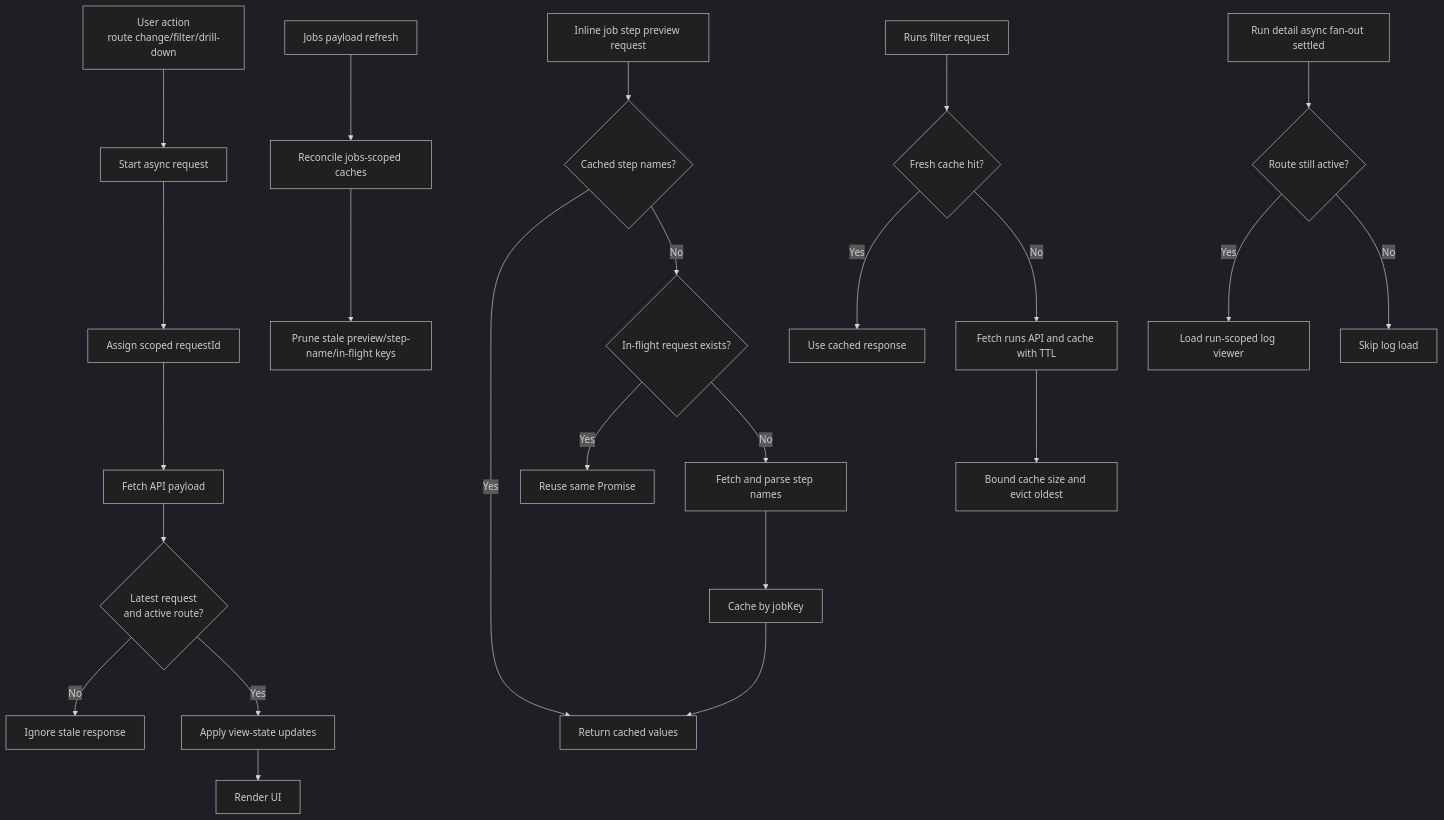
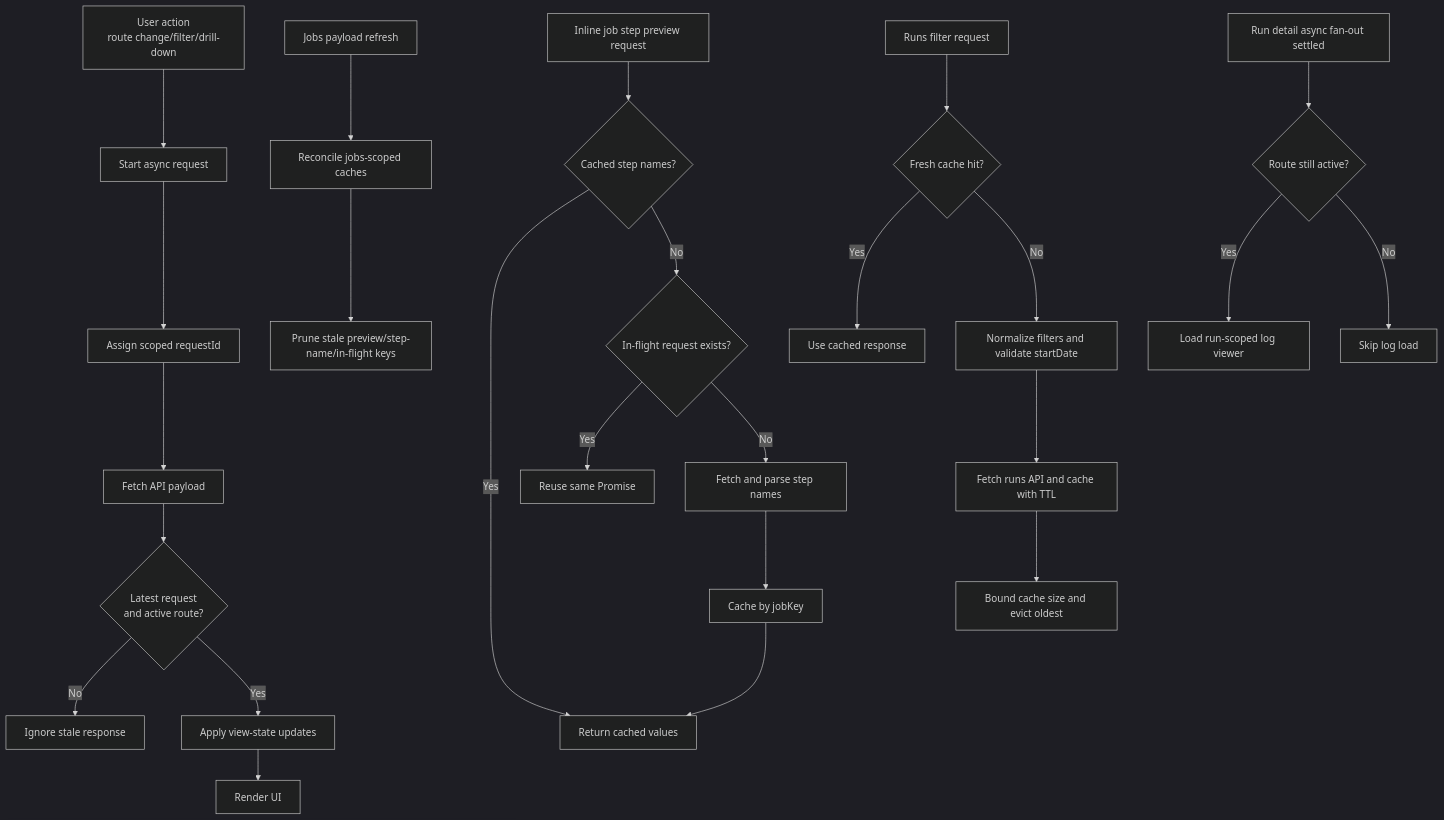
Before and after one commit to kbalanandam/spring-etl-engine: the diagram in docs/architecture/operator-ui/monitoring-shell-runtime-hardening.md, drawn with Mermaid (dark theme). The commit also changed other lines of this file and 5 other files, not shown here.

Commit message:
Refresh architecture docs for A7b context and runs filter hardening

````diff
--- a/docs/architecture/operator-ui/monitoring-shell-runtime-hardening.md
+++ b/docs/architecture/operator-ui/monitoring-shell-runtime-hardening.md
@@ -23,30 +24,32 @@
 ```mermaid
 flowchart TD
     A["User action<br/>route change/filter/drill-down"] --> B["Start async request"]
     B --> C[Assign scoped requestId]
     C --> D[Fetch API payload]
     D --> E{"Latest request<br/>and active route?"}
     E -- No --> F[Ignore stale response]
     E -- Yes --> G[Apply view-state updates]
     G --> H[Render UI]
 
     I[Inline job step preview request] --> J{Cached step names?}
     J -- Yes --> K[Return cached values]
     J -- No --> L{In-flight request exists?}
     L -- Yes --> M[Reuse same Promise]
     L -- No --> N[Fetch and parse step names]
     N --> O[Cache by jobKey]
     O --> K
 
     P[Jobs payload refresh] --> Q[Reconcile jobs-scoped caches]
     Q --> R[Prune stale preview/step-name/in-flight keys]
 
     S[Runs filter request] --> T{Fresh cache hit?}
     T -- Yes --> U[Use cached response]
-    T -- No --> V[Fetch runs API and cache with TTL]
-    V --> W[Bound cache size and evict oldest]
+    T -- No --> V[Normalize filters and validate startDate]
+    V --> W[Fetch runs API and cache with TTL]
+    W --> AB[Bound cache size and evict oldest]
+    
 
     X[Run detail async fan-out settled] --> Y{Route still active?}
     Y -- Yes --> Z[Load run-scoped log viewer]
     Y -- No --> AA[Skip log load]
 ```
````
